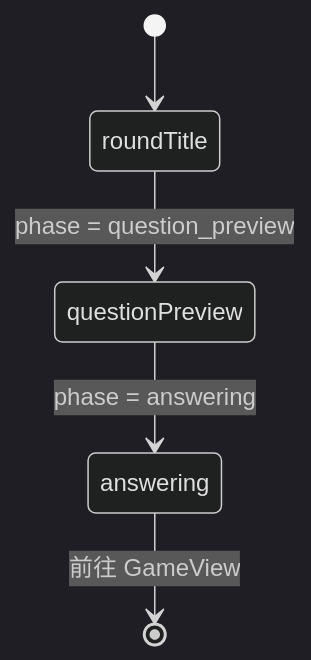
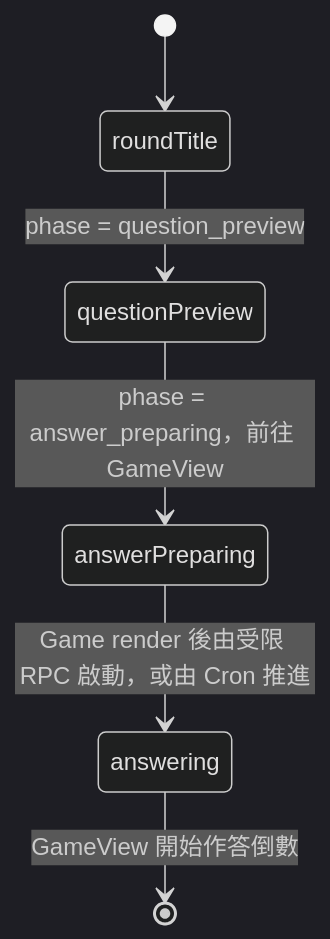
The sixth of 10 diagrams in GAME_FLOW.md (HsiaoChuanWang/lightning), drawn with Mermaid (dark theme) before and after one commit. The commit also changed other lines of this file and 3 other files, not shown here.

Commit message:
docs: update project setup and game flow documentation

````diff
--- a/GAME_FLOW.md
+++ b/GAME_FLOW.md
@@ -180,7 +181,8 @@
 ```mermaid
 stateDiagram-v2
     [*] --> roundTitle
     roundTitle --> questionPreview: phase = question_preview
-    questionPreview --> answering: phase = answering
-    answering --> [*]: 前往 GameView
+    questionPreview --> answerPreparing: phase = answer_preparing，前往 GameView
+    answerPreparing --> answering: Game render 後由受限 RPC 啟動，或由 Cron 推進
+    answering --> [*]: GameView 開始作答倒數
 ```
````
